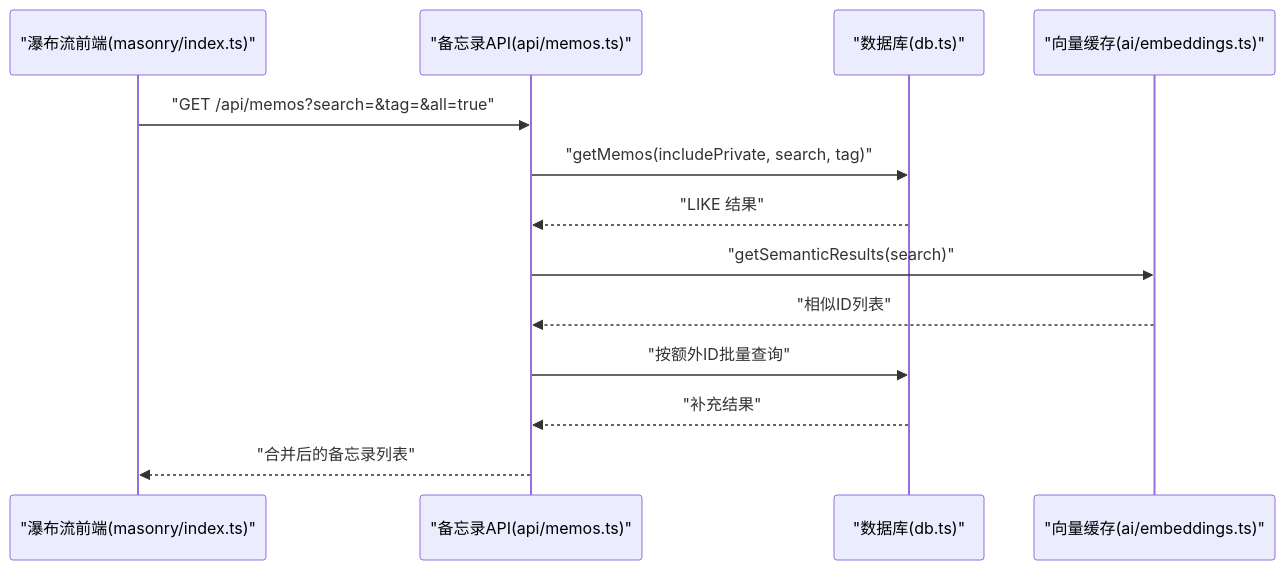
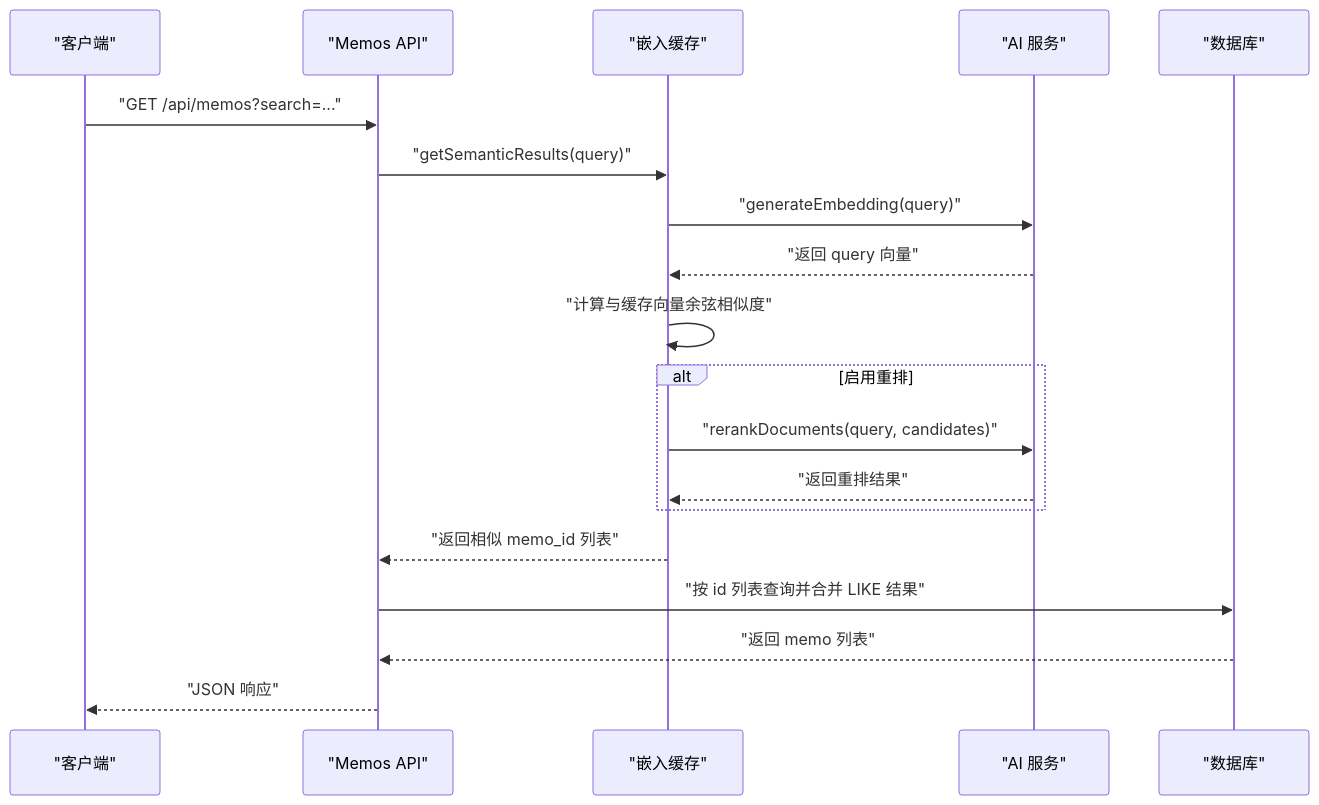
Before and after one commit to BlackBoxRecorder/memos: the seventh of 9 diagrams in .qoder/repowiki/zh/content/架构设计/架构设计.md, drawn with Mermaid. The commit also changed other lines of this file and 83 other files, not shown here.

````diff
--- a/.qoder/repowiki/zh/content/架构设计/架构设计.md
+++ b/.qoder/repowiki/zh/content/架构设计/架构设计.md
@@ -312,15 +320,21 @@
 ```mermaid
 sequenceDiagram
-participant F as "瀑布流前端(masonry/index.ts)"
-participant API as "备忘录API(api/memos.ts)"
-participant DB as "数据库(db.ts)"
-participant EMB as "向量缓存(ai/embeddings.ts)"
-F->>API : "GET /api/memos?search=&tag=&all=true"
-API->>DB : "getMemos(includePrivate, search, tag)"
-DB-->>API : "LIKE 结果"
-API->>EMB : "getSemanticResults(search)"
-EMB-->>API : "相似ID列表"
-API->>DB : "按额外ID批量查询"
-DB-->>API : "补充结果"
-API-->>F : "合并后的备忘录列表"
+participant C as "客户端"
+participant MA as "Memos API"
+participant E as "嵌入缓存"
+participant S as "AI 服务"
+participant DB as "数据库"
+C->>MA : "GET /api/memos?search=..."
+MA->>E : "getSemanticResults(query)"
+E->>S : "generateEmbedding(query)"
+S-->>E : "返回 query 向量"
+E->>E : "计算与缓存向量余弦相似度"
+alt 启用重排
+E->>S : "rerankDocuments(query, candidates)"
+S-->>E : "返回重排结果"
+end
+E-->>MA : "返回相似 memo_id 列表"
+MA->>DB : "按 id 列表查询并合并 LIKE 结果"
+DB-->>MA : "返回 memo 列表"
+MA-->>C : "JSON 响应"
 ```
````
